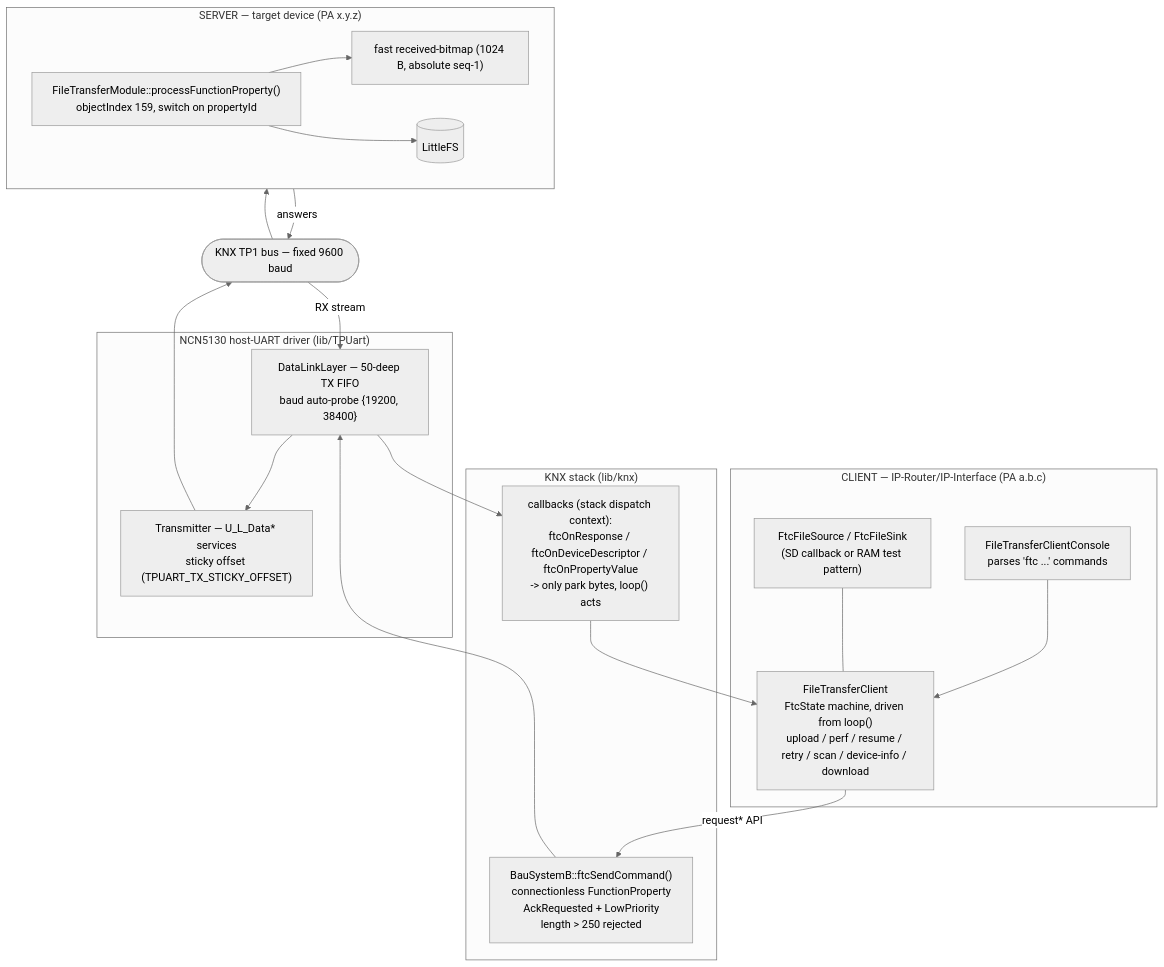
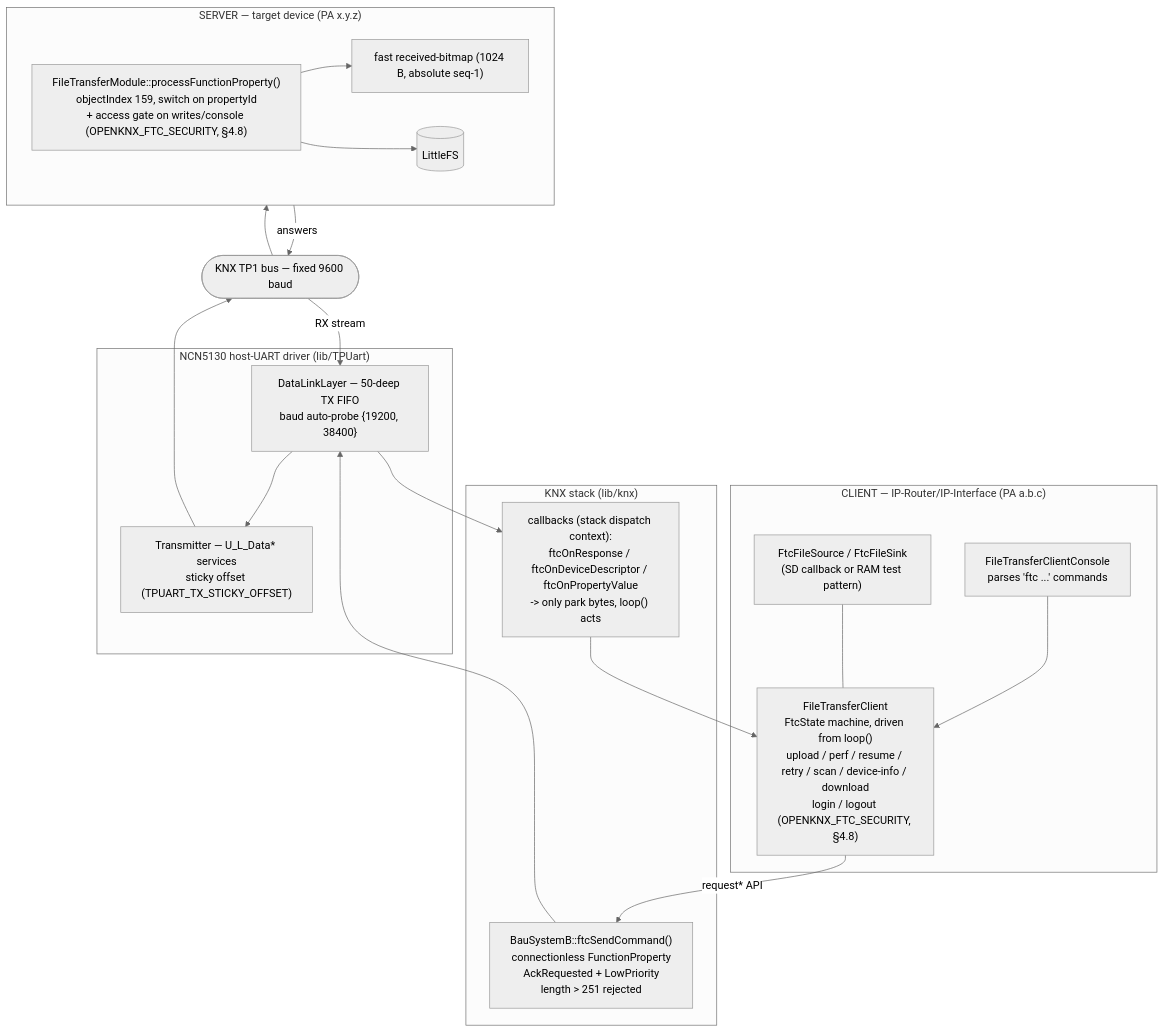
One commit to OpenKNX/OFM-FileTransferModule changed the first of 2 diagrams in README_FTC.md. Above: the diagram before and after it, drawn with Mermaid (neutral theme). The commit also changed other lines of this file and 10 other files, not shown here.

First line of the commit message:
feat - ftc: server access control + password auth (login/logout, ETS-gated)

````diff
--- a/README_FTC.md
+++ b/README_FTC.md
@@ -81,30 +81,30 @@
 ```mermaid
 flowchart TD
     subgraph CLIENT["CLIENT — IP-Router/IP-Interface (PA a.b.c)"]
         CON["FileTransferClientConsole<br/>parses 'ftc ...' commands"]
-        FSM["FileTransferClient<br/>FtcState machine, driven from loop()<br/>upload / perf / resume / retry / scan / device-info / download"]
+        FSM["FileTransferClient<br/>FtcState machine, driven from loop()<br/>upload / perf / resume / retry / scan / device-info / download<br/>login / logout (OPENKNX_FTC_SECURITY, §4.8)"]
         SRC["FtcFileSource / FtcFileSink<br/>(SD callback or RAM test pattern)"]
         CON --> FSM
         SRC --- FSM
     end
     subgraph BAU["KNX stack (lib/knx)"]
-        TX["BauSystemB::ftcSendCommand()<br/>connectionless FunctionProperty<br/>AckRequested + LowPriority<br/>length &gt; 250 rejected"]
+        TX["BauSystemB::ftcSendCommand()<br/>connectionless FunctionProperty<br/>AckRequested + LowPriority<br/>length &gt; 251 rejected"]
         CB["callbacks (stack dispatch context):<br/>ftcOnResponse / ftcOnDeviceDescriptor / ftcOnPropertyValue<br/>-> only park bytes, loop() acts"]
     end
     subgraph WIRE["NCN5130 host-UART driver (lib/TPUart)"]
         DLL["DataLinkLayer — 50-deep TX FIFO<br/>baud auto-probe {19200, 38400}"]
         TR["Transmitter — U_L_Data* services<br/>sticky offset (TPUART_TX_STICKY_OFFSET)"]
     end
     TP(["KNX TP1 bus — fixed 9600 baud"])
     subgraph SERVER["SERVER — target device (PA x.y.z)"]
-        DISP["FileTransferModule::processFunctionProperty()<br/>objectIndex 159, switch on propertyId"]
+        DISP["FileTransferModule::processFunctionProperty()<br/>objectIndex 159, switch on propertyId<br/>+ access gate on writes/console (OPENKNX_FTC_SECURITY, §4.8)"]
         BMP["fast received-bitmap (1024 B, absolute seq-1)"]
         LFS[("LittleFS")]
         DISP --> BMP
         DISP --> LFS
     end
 
     FSM -->|"request* API"| TX
     TX --> DLL --> TR --> TP --> SERVER
     SERVER -->|answers| TP -->|RX stream| DLL --> CB --> FSM
 ```
````
